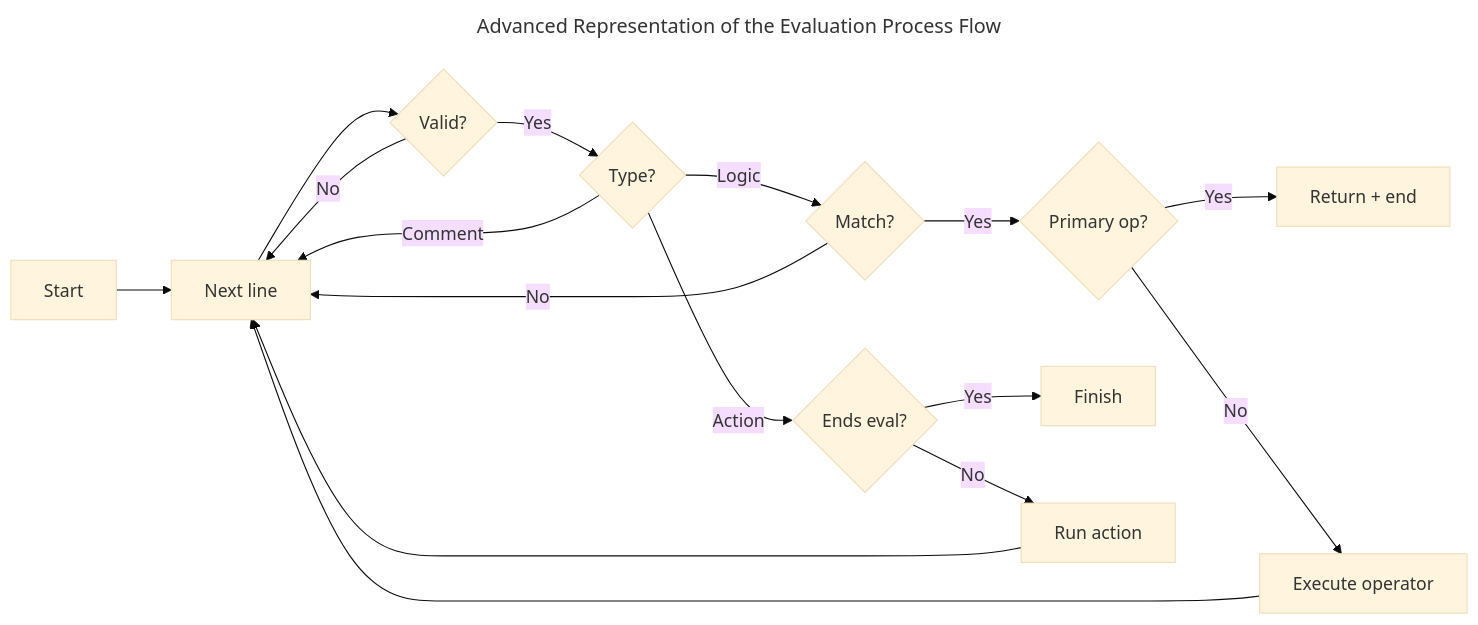
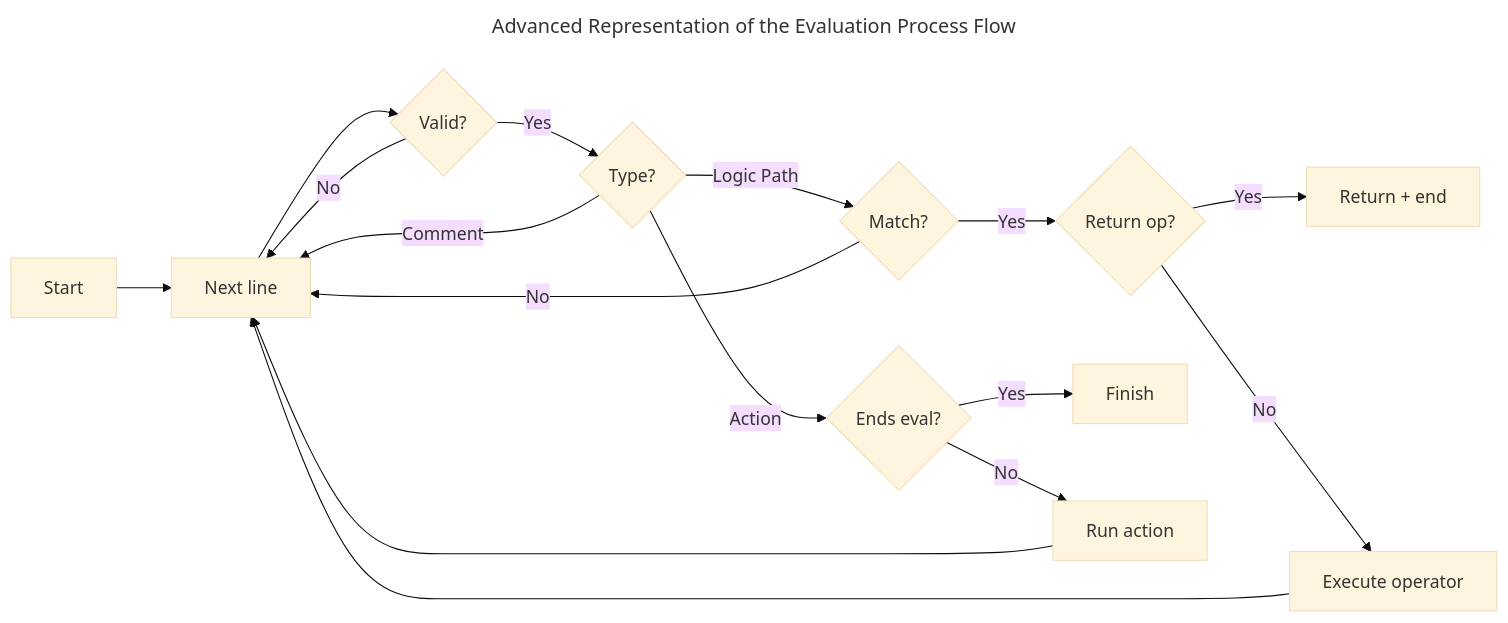
One commit to OceanApocalypseStudios/RedSeaMarkupLanguage changed the second of 2 diagrams in docs/language/index.md. Above: the diagram before and after it, drawn with Mermaid (base theme). The commit also changed other lines of this file and 2 other files, not shown here.

````diff
--- a/docs/language/index.md
+++ b/docs/language/index.md
@@ -111,21 +364,21 @@
 ``` mermaid
 ---
 title: Advanced Representation of the Evaluation Process Flow
 ---
 flowchart LR
   A[Start] --> B[Next line];
   B -->C{Valid?};
   C -->|Yes| D{Type?};
   C -->|No| B;
-  D -->|Logic| E{Match?};
+  D -->|Logic Path| E{Match?};
   D -->|Action| F{Ends eval?};
   D -->|Comment| B;
-  E -->|Yes| G{Primary op?};
+  E -->|Yes| G{Return op?};
   E -->|No| B;
   F -->|Yes| H[Finish];
   F -->|No| I[Run action];
   I -->B;
   G -->|Yes| J[Return + end];
   G -->|No| K[Execute operator];
   K -->B;
 ```
````
